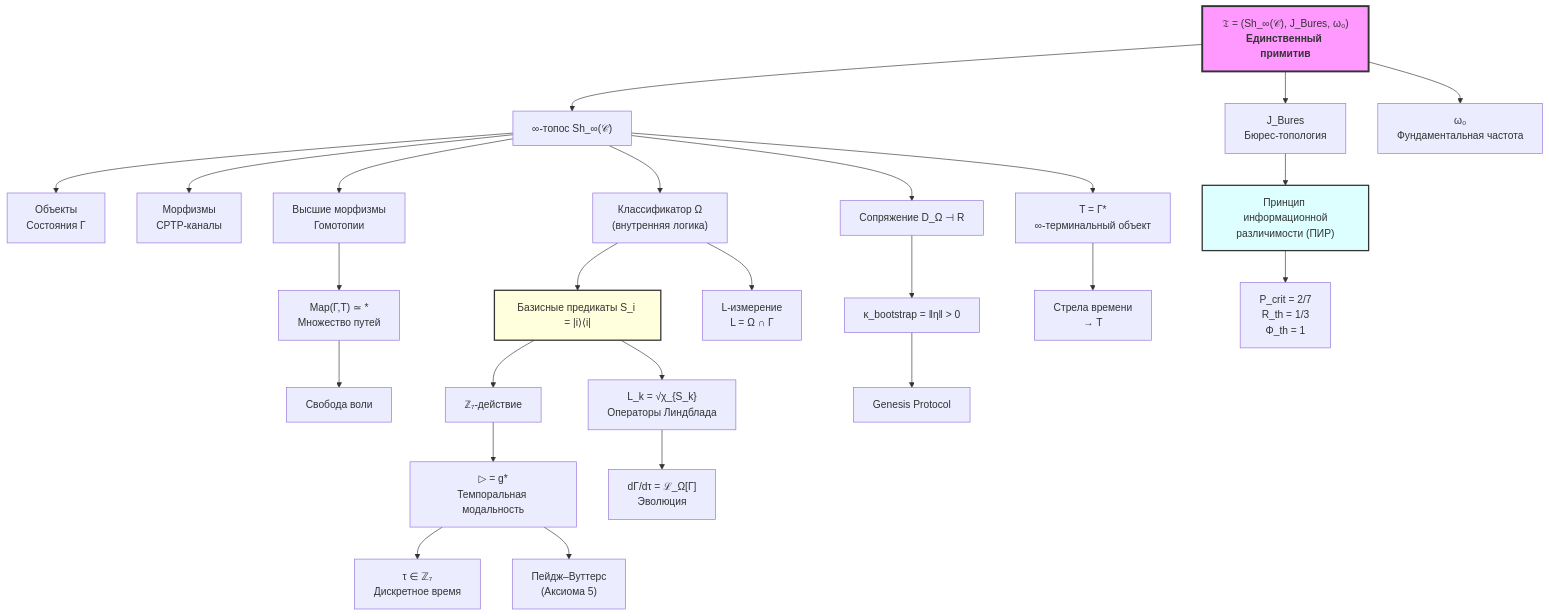
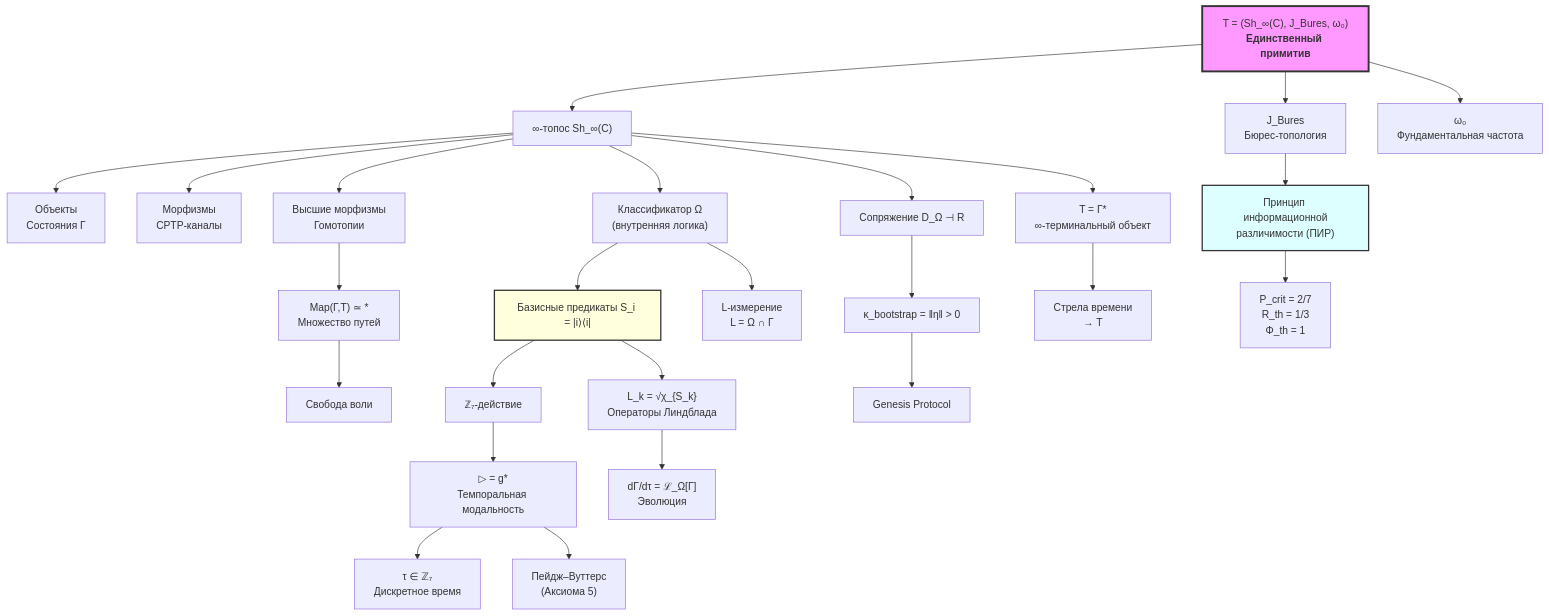
Before and after one commit to uhm-theory/holon: the second of 2 diagrams in website/i18n/ru/docusaurus-plugin-content-docs/current/core/foundations/axiom-omega.md, drawn with Mermaid. The commit also changed other lines of this file and 80 other files, not shown here.

````diff
--- a/website/i18n/ru/docusaurus-plugin-content-docs/current/core/foundations/axiom-omega.md
+++ b/website/i18n/ru/docusaurus-plugin-content-docs/current/core/foundations/axiom-omega.md
@@ -1549,40 +1549,40 @@
 ```mermaid
 graph TD
-    Prim["𝔗 = (Sh_∞(𝒞), J_Bures, ω₀)<br/><b>Единственный примитив</b>"] --> T["∞-топос Sh_∞(𝒞)"]
+    Prim["T = (Sh_∞(C), J_Bures, ω₀)<br/><b>Единственный примитив</b>"] --> T["∞-топос Sh_∞(C)"]
     Prim --> Bures["J_Bures<br/>Бюрес-топология"]
     Prim --> Omega0["ω₀<br/>Фундаментальная частота"]
 
     T --> Ob["Объекты<br/>Состояния Γ"]
     T --> Mor["Морфизмы<br/>CPTP-каналы"]
     T --> Higher["Высшие морфизмы<br/>Гомотопии"]
     T --> Omega["Классификатор Ω<br/>(внутренняя логика)"]
 
     Omega --> Atoms["Базисные предикаты S_i = |i⟩⟨i|"]
     Atoms --> Z7["ℤ₇-действие"]
     Z7 --> Modal["▷ = g*<br/>Темпоральная модальность"]
 
     Omega --> L["L-измерение<br/>L = Ω ∩ Γ"]
     Atoms --> Lk["L_k = √χ_{S_k}<br/>Операторы Линдблада"]
 
     T --> Adj["Сопряжение D_Ω ⊣ R"]
     Adj --> Kboot["κ_bootstrap = ‖η‖ > 0"]
 
     Bures --> PIR["Принцип информационной<br/>различимости (ПИР)"]
     PIR --> Thresholds["P_crit = 2/7<br/>R_th = 1/3<br/>Φ_th = 1"]
 
     Modal --> tau["τ ∈ ℤ₇<br/>Дискретное время"]
     Modal --> PW["Пейдж–Вуттерс<br/>(Аксиома 5)"]
 
     Lk --> Evol["dΓ/dτ = ℒ_Ω[Γ]<br/>Эволюция"]
 
     T --> Term["T = Γ*<br/>∞-терминальный объект"]
     Term --> Arrow["Стрела времени<br/>→ T"]
     Higher --> Freedom["Map(Γ,T) ≃ *<br/>Множество путей"]
     Freedom --> Will["Свобода воли"]
 
     Kboot --> Genesis["Genesis Protocol"]
 
     style Prim fill:#f9f,stroke:#333,stroke-width:3px
     style Atoms fill:#ffd,stroke:#333,stroke-width:2px
     style PIR fill:#dff,stroke:#333,stroke-width:2px
 ```
````
